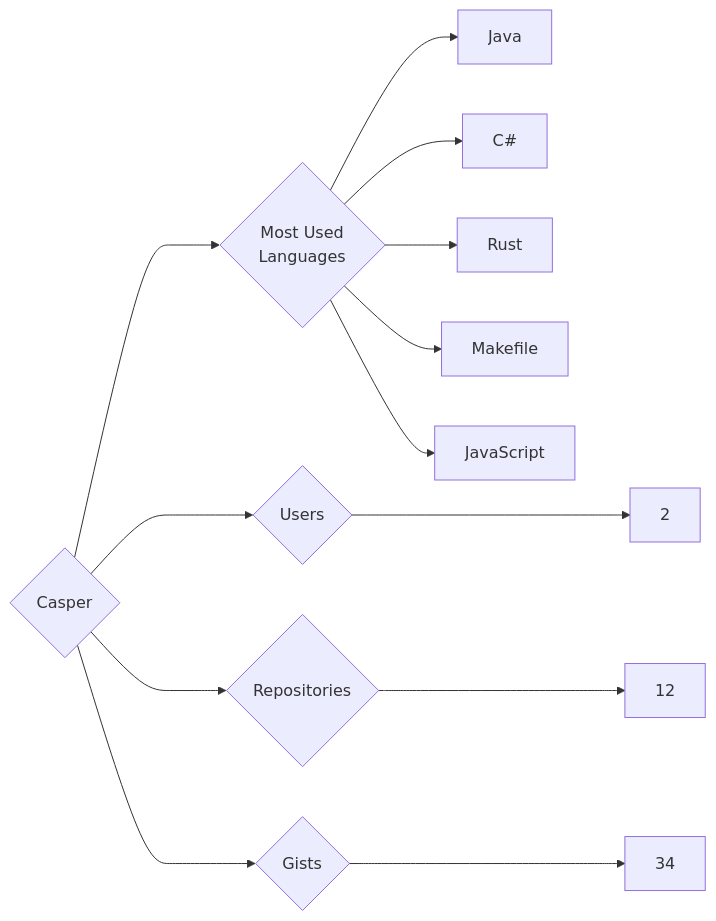
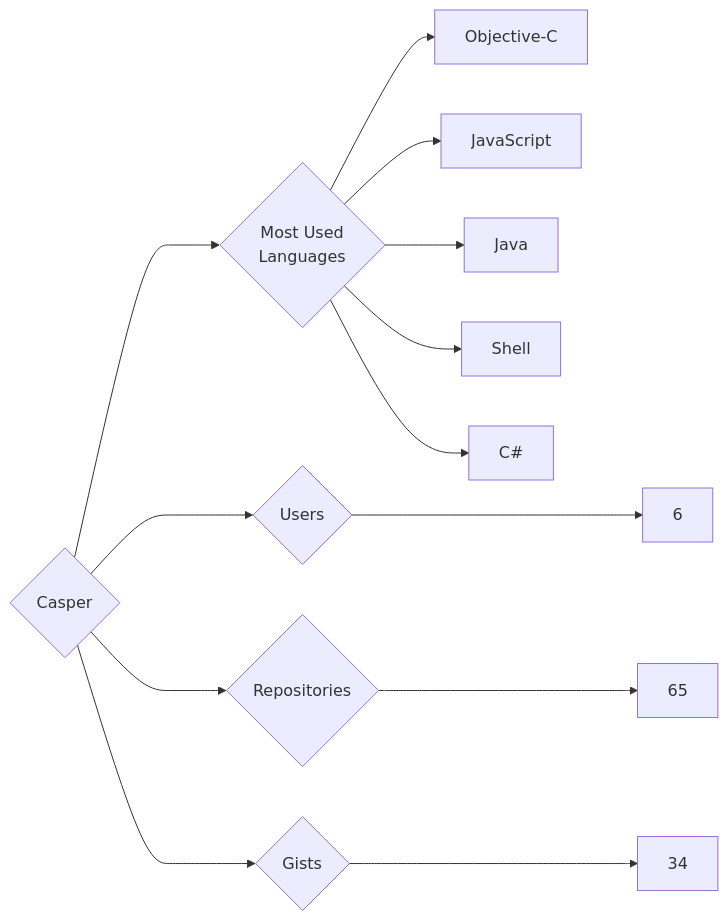
The diagram in targets/Casper/README.md (trickest/insiders), drawn with Mermaid before and after one commit. The commit also changed 1055 other files, not shown here.

````diff
--- a/targets/Casper/README.md
+++ b/targets/Casper/README.md
@@ -3,13 +3,13 @@
 ```mermaid
 graph LR
 COMPANY_NAME{Casper}
-COMPANY_NAME ---> U{Users} ---> UN[2]
-COMPANY_NAME ---> R{Repositories} ---> RN[12]
+COMPANY_NAME ---> U{Users} ---> UN[6]
+COMPANY_NAME ---> R{Repositories} ---> RN[65]
 COMPANY_NAME ---> G{Gists} ---> GN[34]
 COMPANY_NAME ---> ML{Most Used<br>Languages}
+ML --> Objective-C[Objective-C]
+ML --> JavaScript[JavaScript]
 ML --> Java[Java]
+ML --> Shell[Shell]
 ML --> C#[C#]
-ML --> Rust[Rust]
-ML --> Makefile[Makefile]
-ML --> JavaScript[JavaScript]
 ```
````
